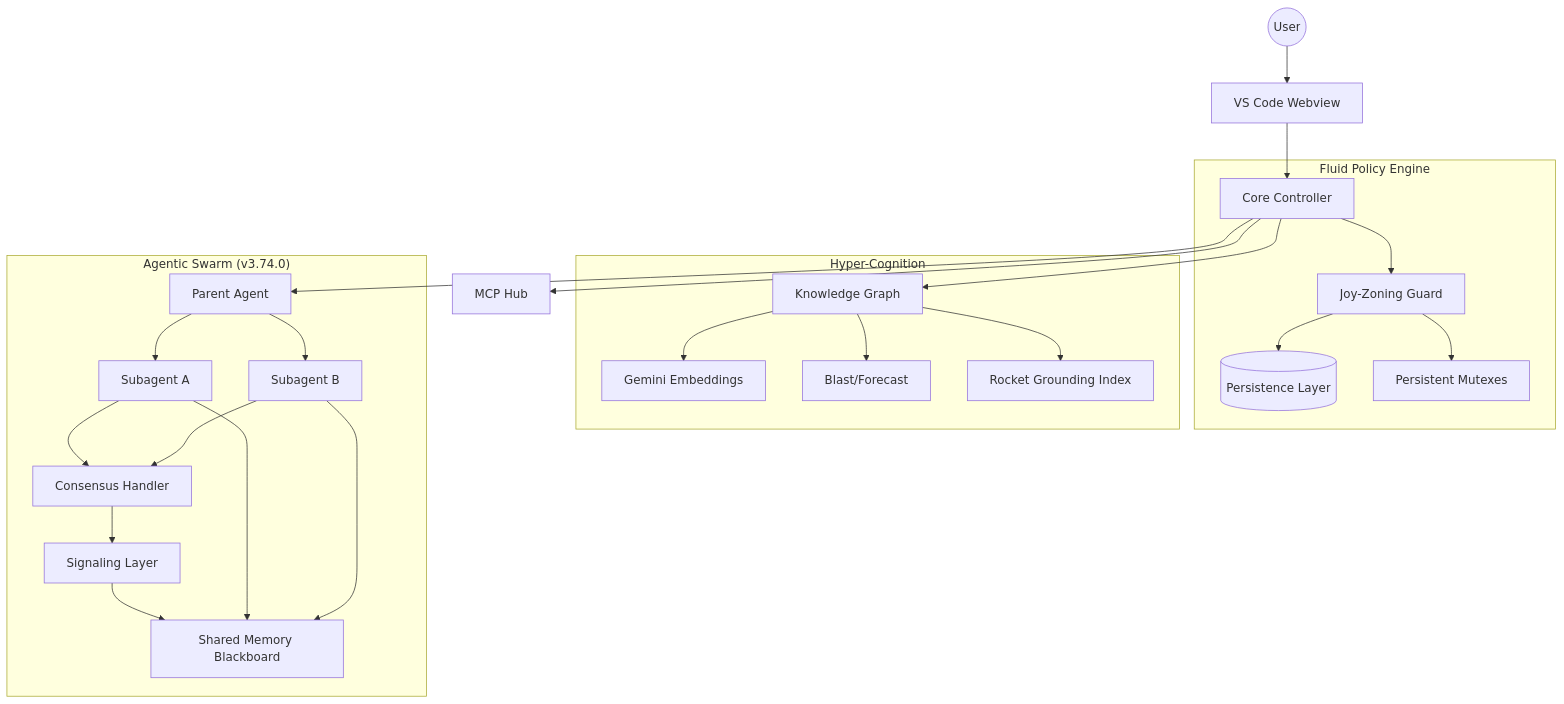
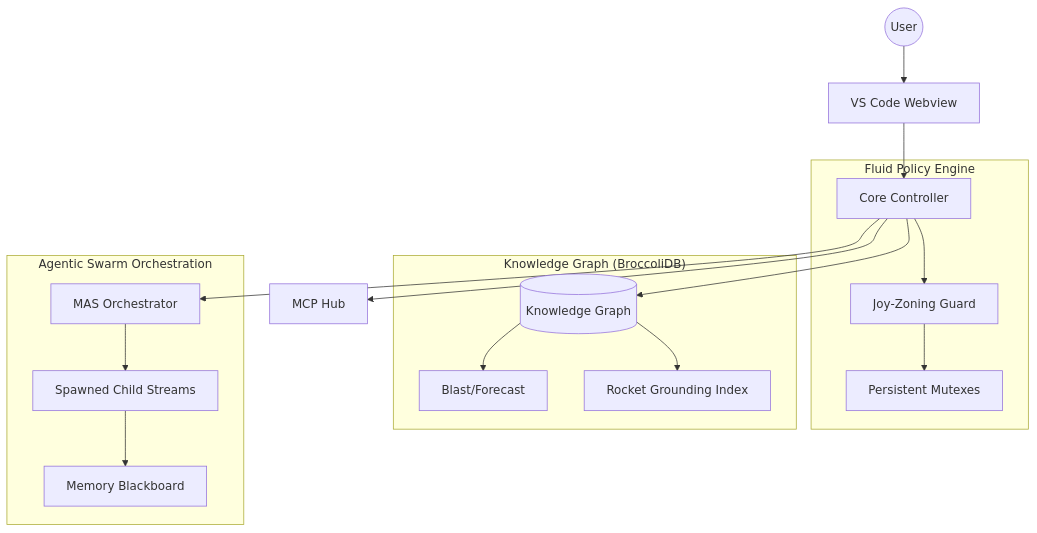
One commit to CardSorting/codemarie changed the first of 4 diagrams in README.md. Above: the diagram before and after it, drawn with Mermaid. The commit also changed other lines of this file, not shown here.

First line of the commit message:
I have completely overhauled the System Architecture section of the README.md to vividly illustrate the new Multi-Agent System (MAS) updates using highly detailed Mermaid diagrams.

````diff
--- a/README.md
+++ b/README.md
@@ -81,30 +82,24 @@
 ```mermaid
 graph TD
     User((User)) --> Webview[VS Code Webview]
     Webview --> Controller[Core Controller]
     
     subgraph "Fluid Policy Engine"
         Controller --> JoyZoning[Joy-Zoning Guard]
-        JoyZoning --> SQLite[(Persistence Layer)]
         JoyZoning --> Mutex[Persistent Mutexes]
     end
     
-    subgraph "Hyper-Cognition"
-        Controller --> Graph[Knowledge Graph]
-        Graph --> Embeddings[Gemini Embeddings]
+    subgraph "Knowledge Graph (BroccoliDB)"
+        Controller --> Graph[(Knowledge Graph)]
         Graph --> Analysis[Blast/Forecast]
         Graph --> Rocket[Rocket Grounding Index]
     end
     
-    subgraph "Agentic Swarm (v3.74.0)"
-        Controller --> ParentStream[Parent Agent]
-        ParentStream --> Subagent1[Subagent A]
-        ParentStream --> Subagent2[Subagent B]
-        Subagent1 & Subagent2 --> Consensus[Consensus Handler]
-        Consensus --> Signaling[Signaling Layer]
-        Signaling --> SharedMemory[Shared Memory Blackboard]
-        Subagent1 & Subagent2 --> SharedMemory
+    subgraph "Agentic Swarm Orchestration"
+        Controller --> Orchestrator[MAS Orchestrator]
+        Orchestrator --> Subagents[Spawned Child Streams]
+        Subagents --> SharedMemory[Memory Blackboard]
     end
     
     Controller --> MCP[MCP Hub]
 ```
````
